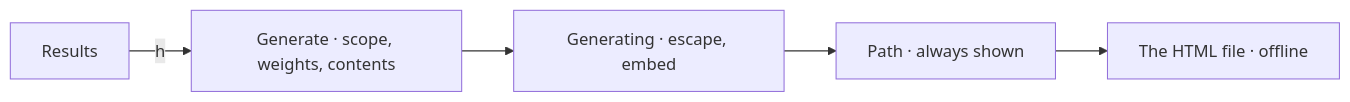
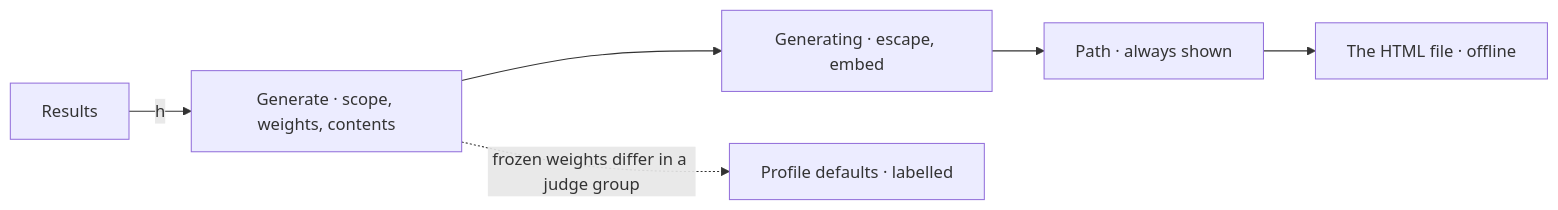
Diagram 18 of 23 in spec/design/wireframe-tui/navigation.md (AxionomicAI/AxBenchmark), drawn with Mermaid before and after one commit. The commit also changed other lines of this file and 228 other files, not shown here.

````diff
--- a/spec/design/wireframe-tui/navigation.md
+++ b/spec/design/wireframe-tui/navigation.md
@@ -330,7 +399,8 @@
 ```mermaid
 flowchart LR
     Results -->|h| ReportGenerate["Generate · scope, weights, contents"]
     ReportGenerate --> ReportProgress["Generating · escape, embed"]
     ReportProgress --> ReportReady["Path · always shown"]
     ReportReady --> ReportPage["The HTML file · offline"]
+    ReportGenerate -.->|frozen weights differ in a judge group| ReportGenerateDefaults["Profile defaults · labelled"]
 ```
````
